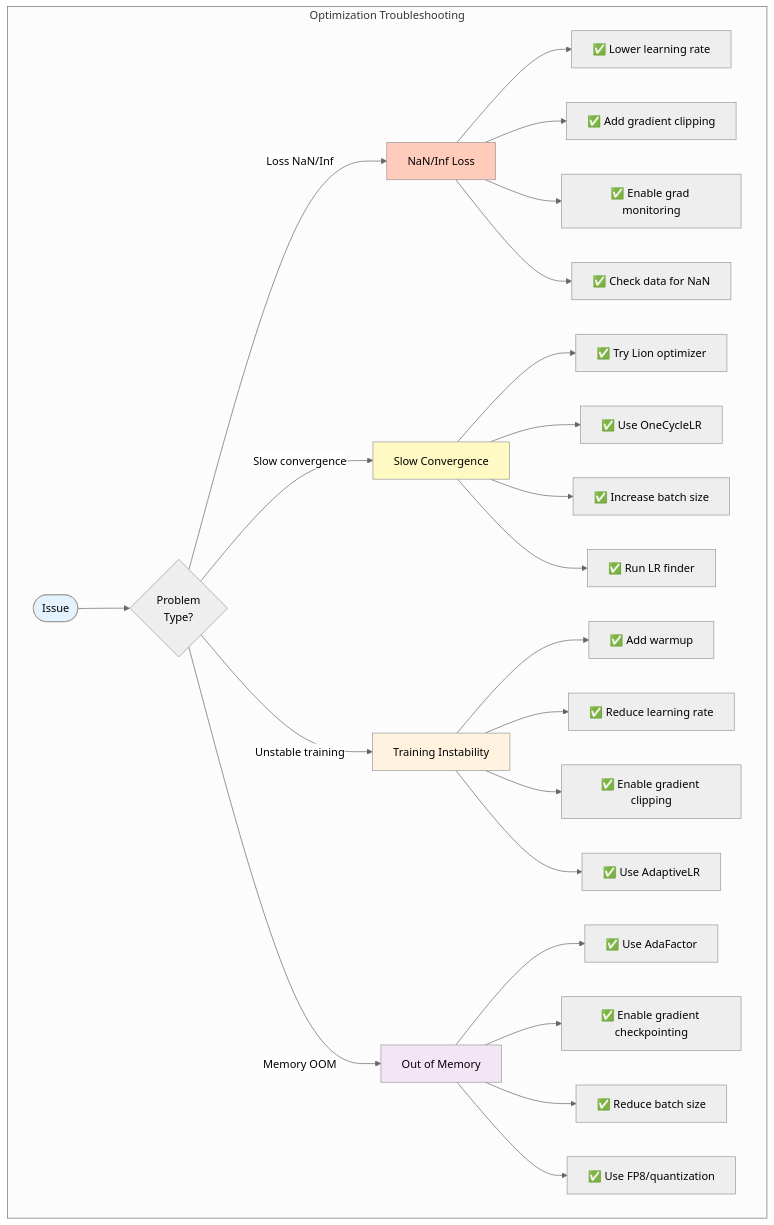
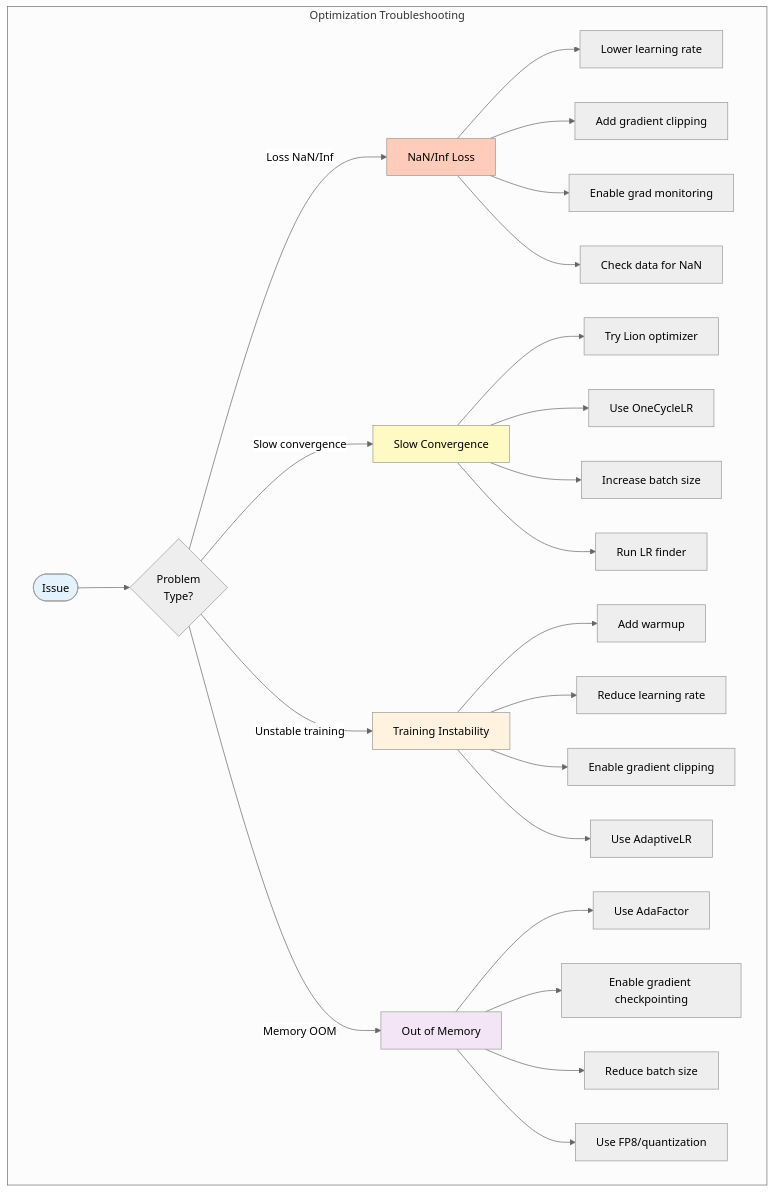
Diagram 25 of 25 in code/docs/05_OPTIMIZATION_GUIDE.md (Pizzaman213/Ava_AI), drawn with Mermaid (neutral theme) before and after one commit. The commit also changed other lines of this file and 215 other files, not shown here.

````diff
--- a/code/docs/05_OPTIMIZATION_GUIDE.md
+++ b/code/docs/05_OPTIMIZATION_GUIDE.md
@@ -1533,37 +1533,37 @@
 ```mermaid
 flowchart TD
     subgraph "Optimization Troubleshooting"
         Issue([Issue]) --> Type{Problem<br/>Type?}
 
         Type -->|Loss NaN/Inf| NaN[NaN/Inf Loss]
         Type -->|Slow convergence| Slow[Slow Convergence]
         Type -->|Unstable training| Unstable[Training Instability]
         Type -->|Memory OOM| Memory[Out of Memory]
 
-        NaN --> N1[✅ Lower learning rate]
-        NaN --> N2[✅ Add gradient clipping]
-        NaN --> N3[✅ Enable grad monitoring]
-        NaN --> N4[✅ Check data for NaN]
+        NaN --> N1[ Lower learning rate]
+        NaN --> N2[ Add gradient clipping]
+        NaN --> N3[ Enable grad monitoring]
+        NaN --> N4[ Check data for NaN]
 
-        Slow --> S1[✅ Try Lion optimizer]
-        Slow --> S2[✅ Use OneCycleLR]
-        Slow --> S3[✅ Increase batch size]
-        Slow --> S4[✅ Run LR finder]
+        Slow --> S1[ Try Lion optimizer]
+        Slow --> S2[ Use OneCycleLR]
+        Slow --> S3[ Increase batch size]
+        Slow --> S4[ Run LR finder]
 
-        Unstable --> U1[✅ Add warmup]
-        Unstable --> U2[✅ Reduce learning rate]
-        Unstable --> U3[✅ Enable gradient clipping]
-        Unstable --> U4[✅ Use AdaptiveLR]
+        Unstable --> U1[ Add warmup]
+        Unstable --> U2[ Reduce learning rate]
+        Unstable --> U3[ Enable gradient clipping]
+        Unstable --> U4[ Use AdaptiveLR]
 
-        Memory --> M1[✅ Use AdaFactor]
-        Memory --> M2[✅ Enable gradient checkpointing]
-        Memory --> M3[✅ Reduce batch size]
-        Memory --> M4[✅ Use FP8/quantization]
+        Memory --> M1[ Use AdaFactor]
+        Memory --> M2[ Enable gradient checkpointing]
+        Memory --> M3[ Reduce batch size]
+        Memory --> M4[ Use FP8/quantization]
     end
 
     style Issue fill:#e3f2fd
     style NaN fill:#ffccbc
     style Slow fill:#fff9c4
     style Unstable fill:#fff3e0
     style Memory fill:#f3e5f5
 ```
````
